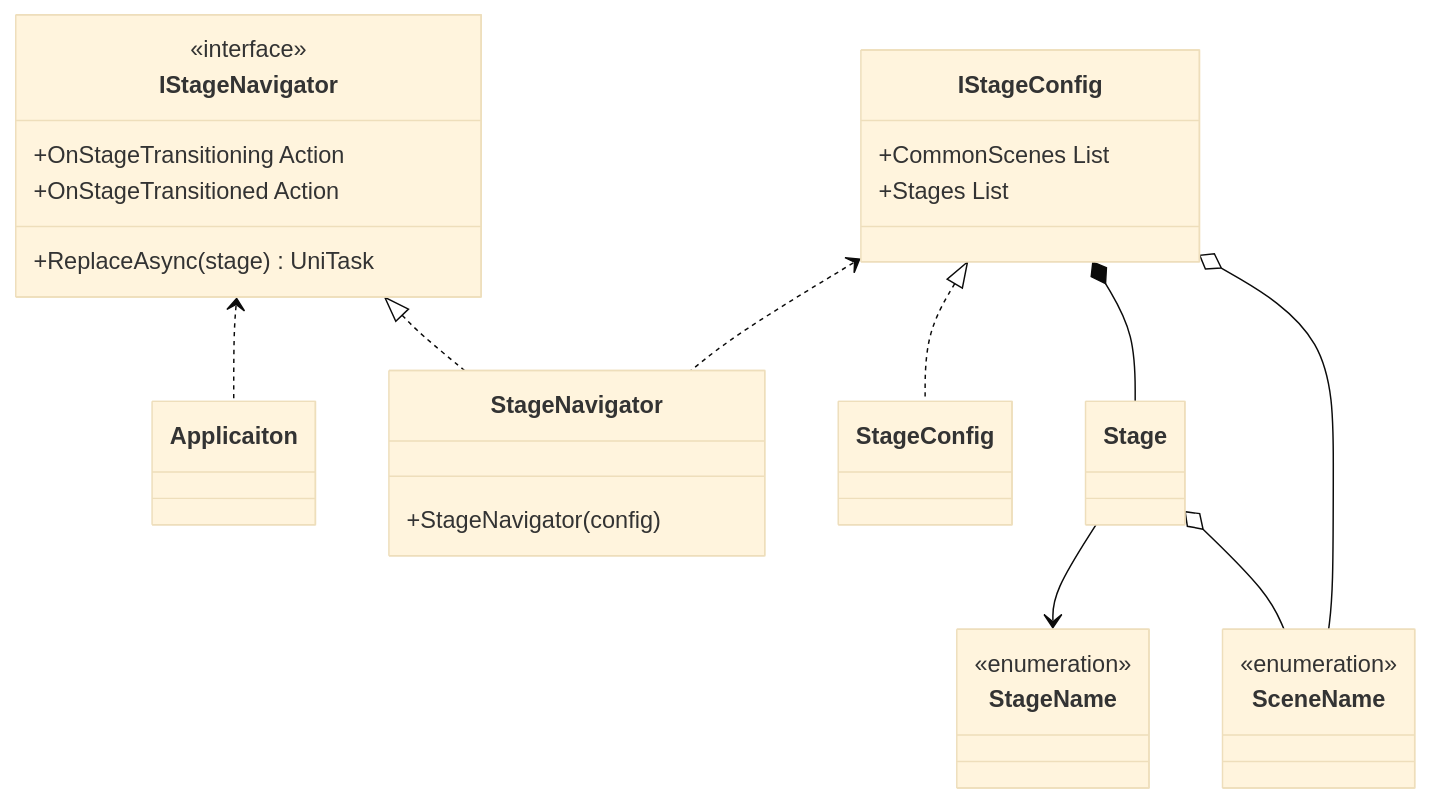
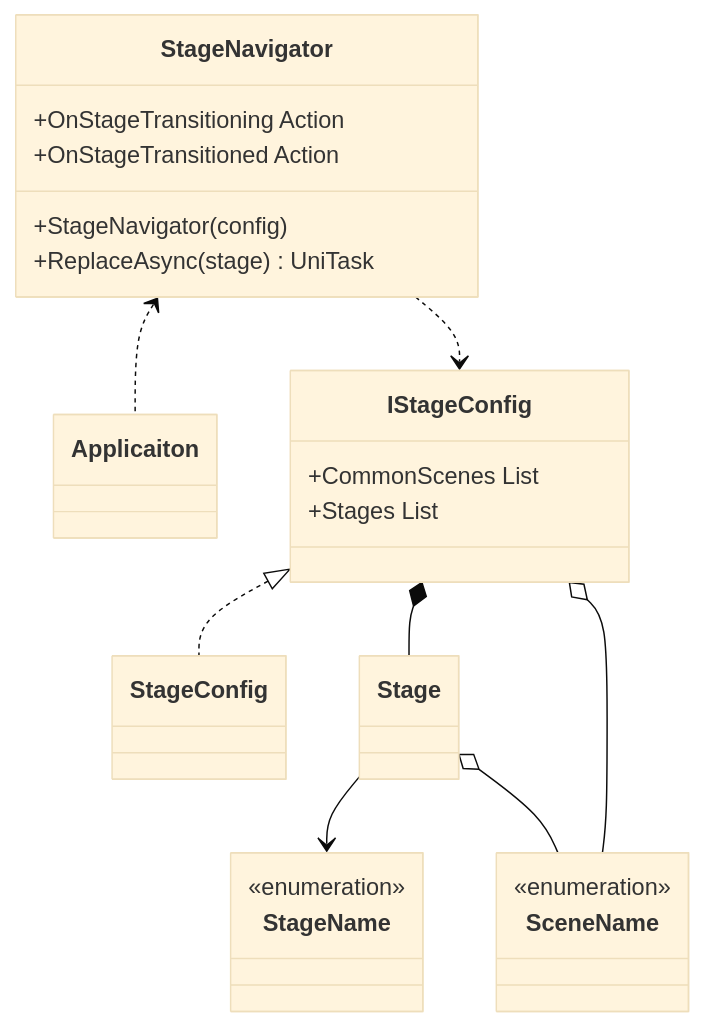
One commit to extreal-dev/Extreal.Guide changed the first of 2 diagrams in docs/core/stage-navigation.md. Above: the diagram before and after it, drawn with Mermaid (base theme). The commit also changed other lines of this file, not shown here.

Commit message:
StageNaviggationのインタフェースを削除

````diff
--- a/docs/core/stage-navigation.md
+++ b/docs/core/stage-navigation.md
@@ -27,45 +27,40 @@
 ```mermaid
 classDiagram
 
-    IStageNavigator <.. Applicaiton
-    IStageNavigator <|.. StageNavigator
-    IStageConfig <.. StageNavigator
+    StageNavigator <.. Applicaiton
+    StageNavigator ..> IStageConfig
     IStageConfig <|.. StageConfig
     IStageConfig *-- Stage
     IStageConfig o-- SceneName
     Stage --> StageName
     Stage o-- SceneName
 
     class Applicaiton {
     }
 
     class StageName {
         <<enumeration>>
     }
 
     class SceneName {
         <<enumeration>>
     }
 
     class StageConfig {
     }
 
-    class IStageNavigator {
-        <<interface>>
+    class StageNavigator {
         +OnStageTransitioning Action
         +OnStageTransitioned Action
+        +StageNavigator(config)
         +ReplaceAsync(stage) UniTask
     }
 
     class IStageConfig {
         +CommonScenes List
         +Stages List
     }
 
     class Stage {
     }
-
-    class StageNavigator {
-        +StageNavigator(config)
-    }
 ```
````
